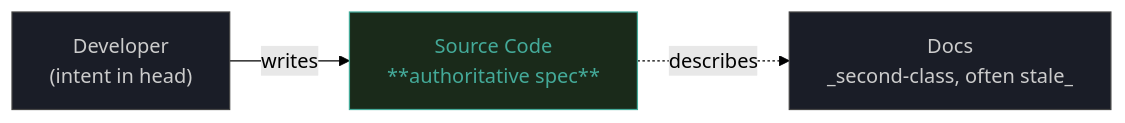
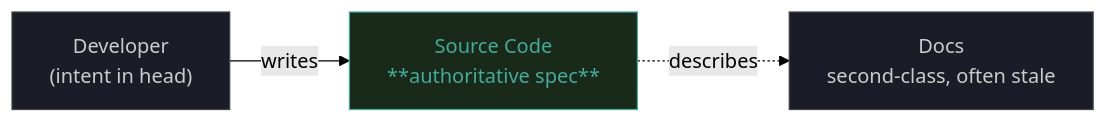
Before and after one commit to davidroeca/NotarAI: the first of 13 diagrams in docs/motivation-system-diagrams.md, drawn with Mermaid (forest theme). The commit also changed other lines of this file, not shown here.

````diff
--- a/docs/motivation-system-diagrams.md
+++ b/docs/motivation-system-diagrams.md
@@ -11,13 +11,13 @@
 ```mermaid
 flowchart LR
     Dev["Developer<br/>(intent in head)"]
     Code["Source Code<br/>**authoritative spec**"]
-    Docs["Docs<br/>_second-class, often stale_"]
+    Docs["Docs<br/>second-class, often stale"]
 
     Dev -->|writes| Code
     Code -.->|describes| Docs
 
     style Code fill:#1a2a1a,stroke:#4a9,color:#4a9
     style Dev fill:#1a1d27,stroke:#444,color:#ccc
     style Docs fill:#1a1d27,stroke:#444,color:#ccc
 ```
````
